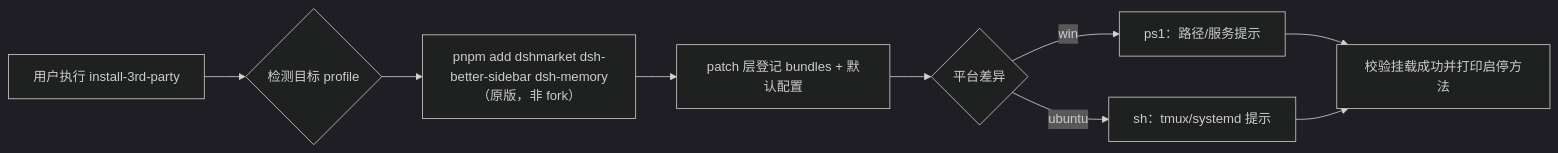
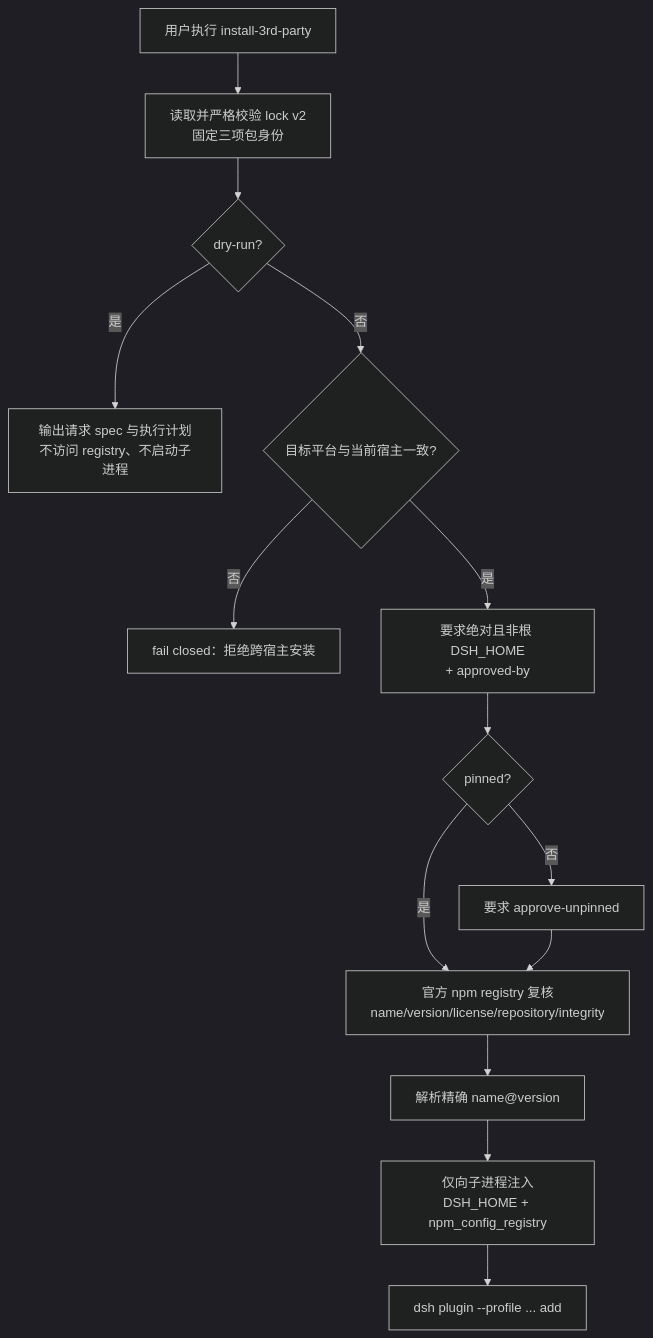
The second of 2 diagrams in design/03-modules/M12-market-release.md (yin52133/dsh-luban), drawn with Mermaid (dark theme) before and after one commit. The commit also changed other lines of this file and 9 other files, not shown here.

````diff
--- a/design/03-modules/M12-market-release.md
+++ b/design/03-modules/M12-market-release.md
@@ -58,10 +59,16 @@
 ```mermaid
-flowchart LR
-    U["用户执行 install-3rd-party"] --> P{"检测目标 profile"}
-    P --> Q["pnpm add dshmarket dsh-better-sidebar dsh-memory（原版，非 fork）"]
-    Q --> R["patch 层登记 bundles + 默认配置"]
-    R --> S{"平台差异"}
-    S -- win --> T["ps1：路径/服务提示"]
-    S -- ubuntu --> W["sh：tmux/systemd 提示"]
-    T & W --> V["校验挂载成功并打印启停方法"]
+flowchart TD
+    U["用户执行 install-3rd-party"] --> L["读取并严格校验 lock v2<br/>固定三项包身份"]
+    L --> D{"dry-run?"}
+    D -- 是 --> O["输出请求 spec 与执行计划<br/>不访问 registry、不启动子进程"]
+    D -- 否 --> H{"目标平台与当前宿主一致?"}
+    H -- 否 --> X["fail closed：拒绝跨宿主安装"]
+    H -- 是 --> A["要求绝对且非根 DSH_HOME<br/>+ approved-by"]
+    A --> P{"pinned?"}
+    P -- 否 --> P2["要求 approve-unpinned"]
+    P -- 是 --> R["官方 npm registry 复核<br/>name/version/license/repository/integrity"]
+    P2 --> R
+    R --> E["解析精确 name@version"]
+    E --> C["仅向子进程注入<br/>DSH_HOME + npm_config_registry"]
+    C --> I["dsh plugin --profile ... add"]
 ```
````
